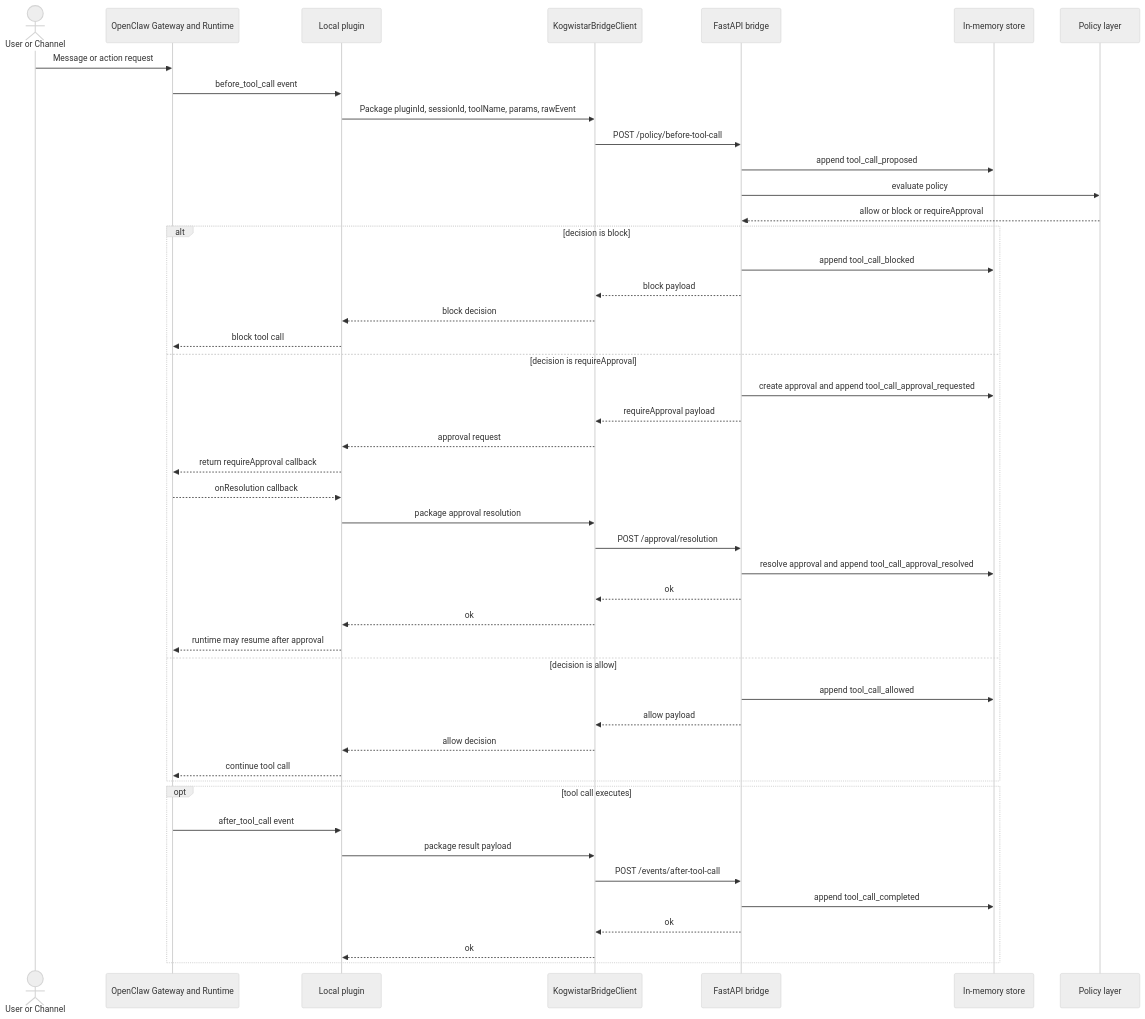
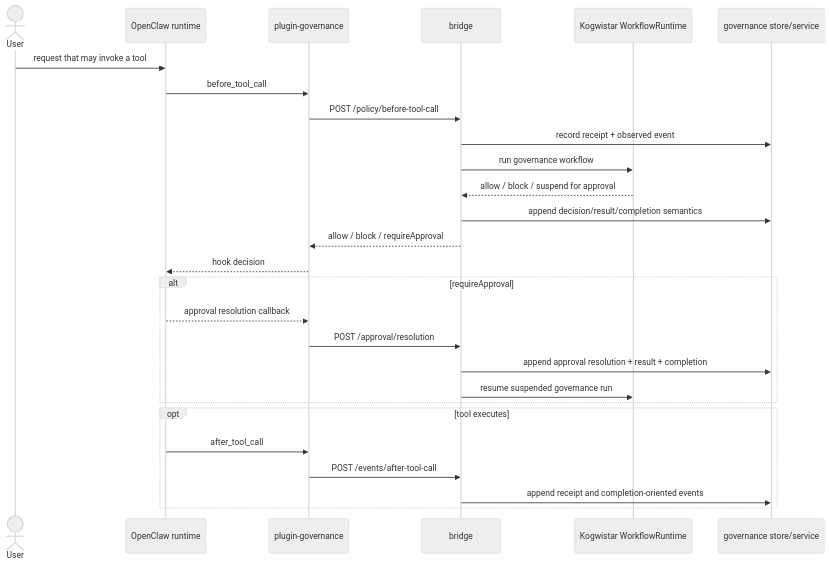
One commit to humblemat810/cloistar changed the second of 2 diagrams in architecture.md. Above: the diagram before and after it, drawn with Mermaid (neutral theme). The commit also changed other lines of this file and 2 other files, not shown here.

````diff
--- a/architecture.md
+++ b/architecture.md
@@ -70,51 +96,32 @@
 ```mermaid
 sequenceDiagram
-  actor U as User or Channel
-  participant O as OpenClaw Gateway and Runtime
-  participant P as Local plugin
-  participant C as KogwistarBridgeClient
-  participant B as FastAPI bridge
-  participant S as In-memory store
-  participant D as Policy layer
+  actor U as User
+  participant O as OpenClaw runtime
+  participant G as plugin-governance
+  participant B as bridge
+  participant R as Kogwistar WorkflowRuntime
+  participant S as governance store/service
 
-  U->>O: Message or action request
-  O->>P: before_tool_call event
-  P->>C: Package pluginId, sessionId, toolName, params, rawEvent
-  C->>B: POST /policy/before-tool-call
-  B->>S: append tool_call_proposed
-  B->>D: evaluate policy
-  D-->>B: allow or block or requireApproval
+  U->>O: request that may invoke a tool
+  O->>G: before_tool_call
+  G->>B: POST /policy/before-tool-call
+  B->>S: record receipt + observed event
+  B->>R: run governance workflow
+  R-->>B: allow / block / suspend for approval
+  B->>S: append decision/result/completion semantics
+  B-->>G: allow / block / requireApproval
+  G-->>O: hook decision
 
-  alt decision is block
-    B->>S: append tool_call_blocked
-    B-->>C: block payload
-    C-->>P: block decision
-    P-->>O: block tool call
-  else decision is requireApproval
-    B->>S: create approval and append tool_call_approval_requested
-    B-->>C: requireApproval payload
-    C-->>P: approval request
-    P-->>O: return requireApproval callback
-    O-->>P: onResolution callback
-    P->>C: package approval resolution
-    C->>B: POST /approval/resolution
-    B->>S: resolve approval and append tool_call_approval_resolved
-    B-->>C: ok
-    C-->>P: ok
-    P-->>O: runtime may resume after approval
-  else decision is allow
-    B->>S: append tool_call_allowed
-    B-->>C: allow payload
-    C-->>P: allow decision
-    P-->>O: continue tool call
+  alt requireApproval
+    O-->>G: approval resolution callback
+    G->>B: POST /approval/resolution
+    B->>S: append approval resolution + result + completion
+    B->>R: resume suspended governance run
   end
 
-  opt tool call executes
-    O->>P: after_tool_call event
-    P->>C: package result payload
-    C->>B: POST /events/after-tool-call
-    B->>S: append tool_call_completed
-    B-->>C: ok
-    C-->>P: ok
+  opt tool executes
+    O->>G: after_tool_call
+    G->>B: POST /events/after-tool-call
+    B->>S: append receipt and completion-oriented events
   end
 ```
````
